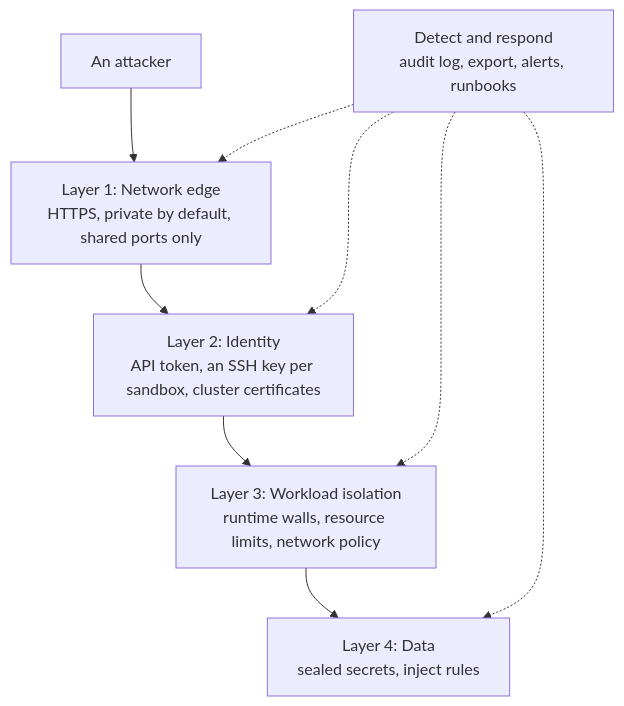
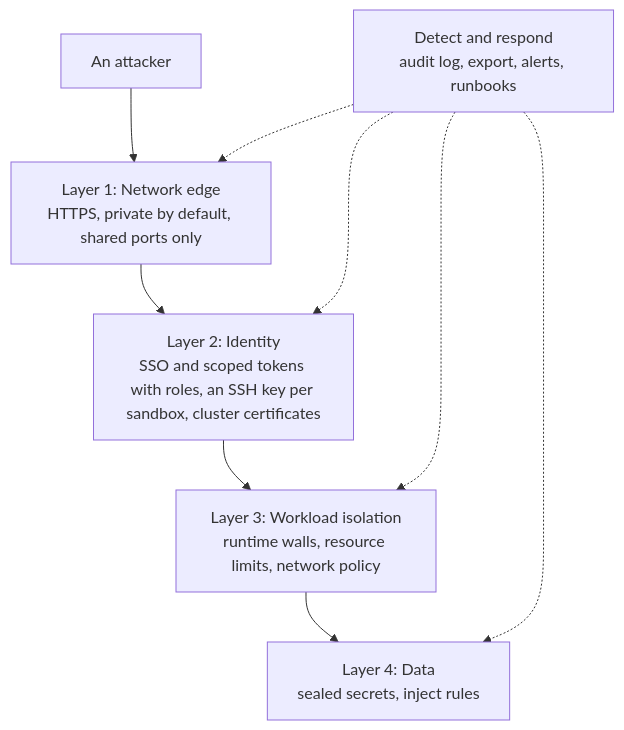
One commit to aerol-ai/microvm changed the first of 3 diagrams in docs/src/content/docs/enterprise/index.mdx. Above: the diagram before and after it, drawn with Mermaid. The commit also changed other lines of this file and 15 other files, not shown here.

````diff
--- a/docs/src/content/docs/enterprise/index.mdx
+++ b/docs/src/content/docs/enterprise/index.mdx
@@ -34,11 +34,11 @@
 ```mermaid
 flowchart TB
     A["An attacker"] --> L1["Layer 1: Network edge<br/>HTTPS, private by default, shared ports only"]
-    L1 --> L2["Layer 2: Identity<br/>API token, an SSH key per sandbox, cluster certificates"]
+    L1 --> L2["Layer 2: Identity<br/>SSO and scoped tokens with roles, an SSH key per sandbox, cluster certificates"]
     L2 --> L3["Layer 3: Workload isolation<br/>runtime walls, resource limits, network policy"]
     L3 --> L4["Layer 4: Data<br/>sealed secrets, inject rules"]
     W["Detect and respond<br/>audit log, export, alerts, runbooks"] -.-> L1
     W -.-> L2
     W -.-> L3
     W -.-> L4
 ```
````
